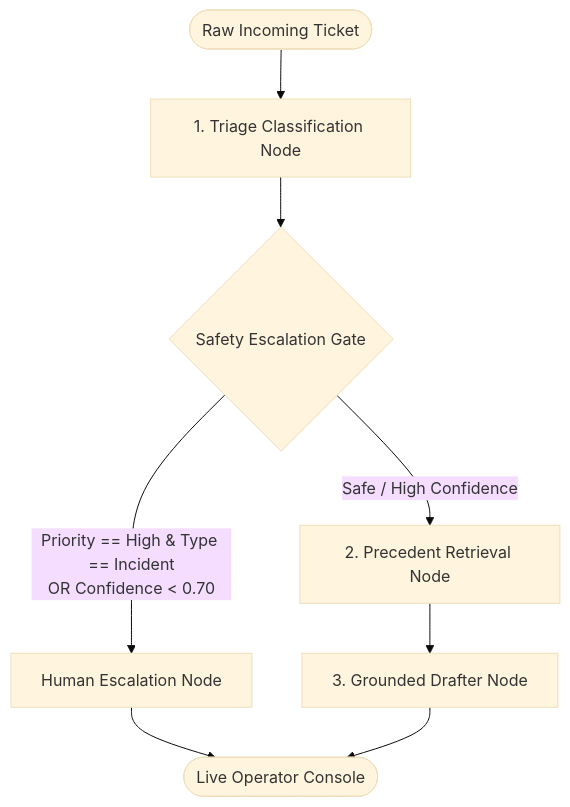
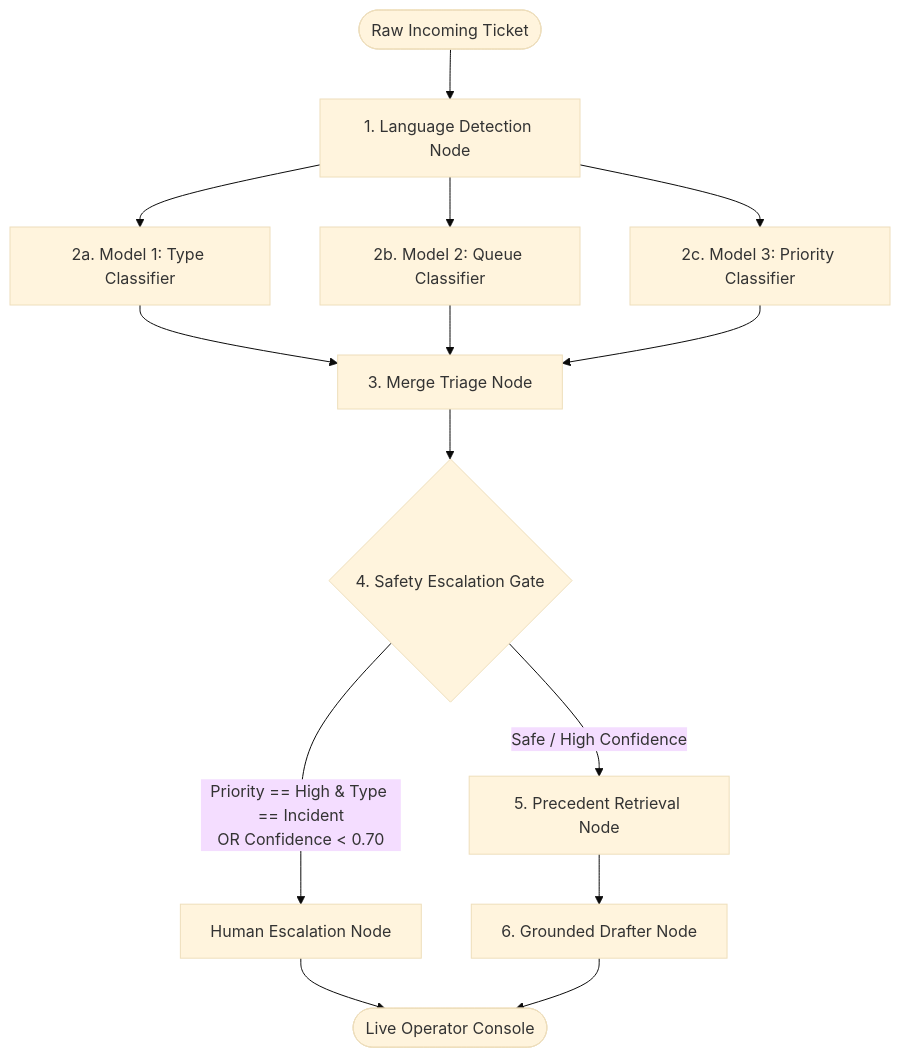
Before and after one commit to srivatsav1998/SentinelDesk: the diagram in README.md, drawn with Mermaid (base theme). The commit also changed other lines of this file, not shown here.

Commit message:
Update architecture diagram in README to reflect concurrent triage workflow

````diff
--- a/README.md
+++ b/README.md
@@ -25,13 +25,22 @@
 ```mermaid
 flowchart TD
-    Start([Raw Incoming Ticket]) --> Triage[1. Triage Classification Node]
-    Triage --> Gate{Safety Escalation Gate}
+    Start([Raw Incoming Ticket]) --> Detect[1. Language Detection Node]
+    
+    Detect --> C_Type[2a. Model 1: Type Classifier]
+    Detect --> C_Queue[2b. Model 2: Queue Classifier]
+    Detect --> C_Priority[2c. Model 3: Priority Classifier]
+
+    C_Type --> Merge[3. Merge Triage Node]
+    C_Queue --> Merge
+    C_Priority --> Merge
+
+    Merge --> Gate{4. Safety Escalation Gate}
 
     Gate -- "Priority == High & Type == Incident<br/>OR Confidence < 0.70" --> Escalate[Human Escalation Node]
-    Gate -- "Safe / High Confidence" --> RAG[2. Precedent Retrieval Node]
+    Gate -- "Safe / High Confidence" --> RAG[5. Precedent Retrieval Node]
 
-    RAG --> Drafter[3. Grounded Drafter Node]
+    RAG --> Drafter[6. Grounded Drafter Node]
 
     Escalate --> UI([Live Operator Console])
     Drafter --> UI
 ```
````
